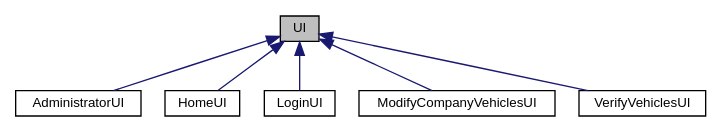
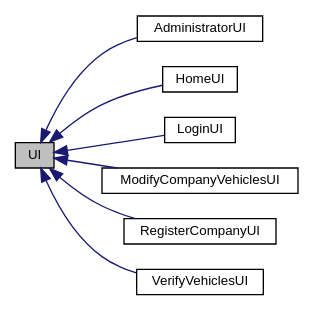
One commit to ctrlMarcio/feup-cal-proj changed the diagram in classUI__inherit__graph.dot. Above: the diagram before and after it, drawn with Graphviz. The commit also changed 79 other files, not shown here.

```diff
--- a/classUI__inherit__graph.dot
+++ b/classUI__inherit__graph.dot
@@ -1,16 +1,19 @@
 digraph "UI"
 {
   edge [fontname="Helvetica",fontsize="10",labelfontname="Helvetica",labelfontsize="10"];
   node [fontname="Helvetica",fontsize="10",shape=record];
+  rankdir="LR";
   Node0 [label="UI",height=0.2,width=0.4,color="black", fillcolor="grey75", style="filled", fontcolor="black"];
   Node0 -> Node1 [dir="back",color="midnightblue",fontsize="10",style="solid",fontname="Helvetica"];
   Node1 [label="AdministratorUI",height=0.2,width=0.4,color="black", fillcolor="white", style="filled",URL="$classAdministratorUI.html"];
   Node0 -> Node2 [dir="back",color="midnightblue",fontsize="10",style="solid",fontname="Helvetica"];
   Node2 [label="HomeUI",height=0.2,width=0.4,color="black", fillcolor="white", style="filled",URL="$classHomeUI.html"];
   Node0 -> Node3 [dir="back",color="midnightblue",fontsize="10",style="solid",fontname="Helvetica"];
   Node3 [label="LoginUI",height=0.2,width=0.4,color="black", fillcolor="white", style="filled",URL="$classLoginUI.html"];
   Node0 -> Node4 [dir="back",color="midnightblue",fontsize="10",style="solid",fontname="Helvetica"];
   Node4 [label="ModifyCompanyVehiclesUI",height=0.2,width=0.4,color="black", fillcolor="white", style="filled",URL="$classModifyCompanyVehiclesUI.html"];
   Node0 -> Node5 [dir="back",color="midnightblue",fontsize="10",style="solid",fontname="Helvetica"];
-  Node5 [label="VerifyVehiclesUI",height=0.2,width=0.4,color="black", fillcolor="white", style="filled",URL="$classVerifyVehiclesUI.html"];
+  Node5 [label="RegisterCompanyUI",height=0.2,width=0.4,color="black", fillcolor="white", style="filled",URL="$classRegisterCompanyUI.html"];
+  Node0 -> Node6 [dir="back",color="midnightblue",fontsize="10",style="solid",fontname="Helvetica"];
+  Node6 [label="VerifyVehiclesUI",height=0.2,width=0.4,color="black", fillcolor="white", style="filled",URL="$classVerifyVehiclesUI.html"];
 }
```
